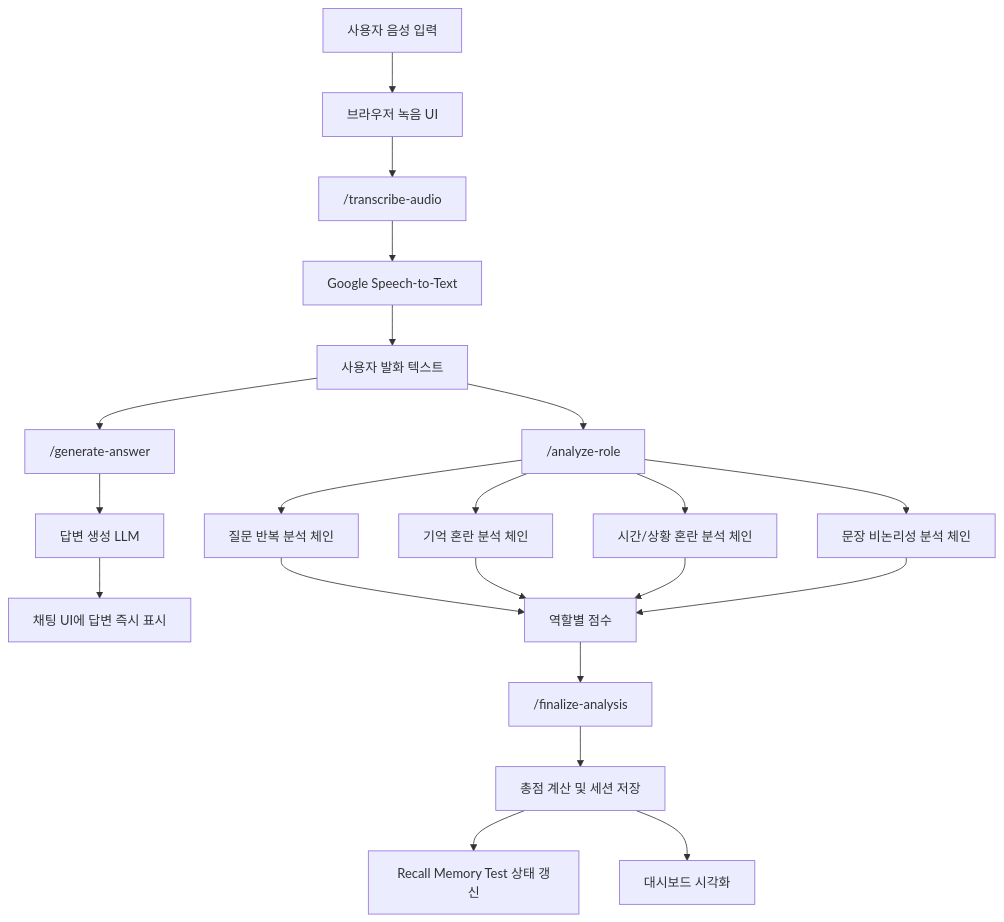
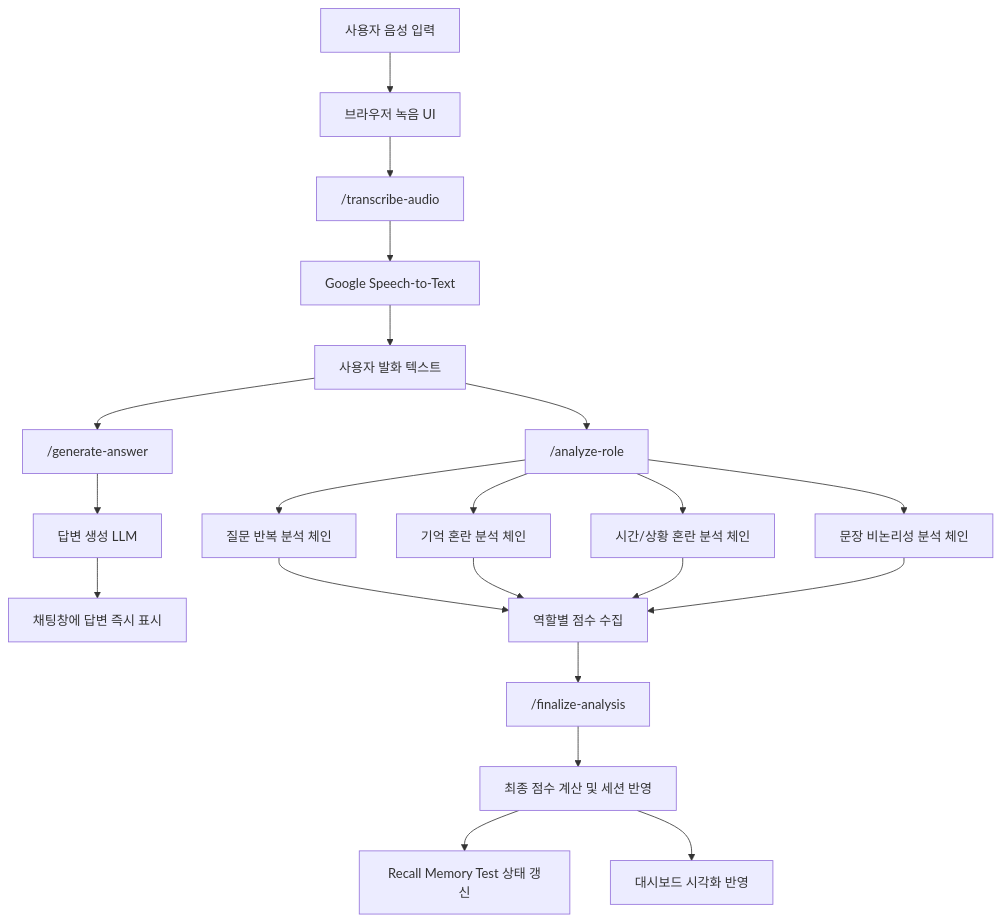
Before and after one commit to doyoon530/NCAI-Dementia-Risk-Analysis: the diagram in README.md, drawn with Mermaid. The commit also changed other lines of this file, not shown here.

````diff
--- a/README.md
+++ b/README.md
@@ -51,23 +50,23 @@
 ```mermaid
 flowchart TD
     A["사용자 음성 입력"] --> B["브라우저 녹음 UI"]
     B --> C["/transcribe-audio"]
     C --> D["Google Speech-to-Text"]
     D --> E["사용자 발화 텍스트"]
     E --> F["/generate-answer"]
     F --> G["답변 생성 LLM"]
-    G --> H["채팅 UI에 답변 즉시 표시"]
+    G --> H["채팅창에 답변 즉시 표시"]
     E --> I["/analyze-role"]
     I --> J["질문 반복 분석 체인"]
     I --> K["기억 혼란 분석 체인"]
     I --> L["시간/상황 혼란 분석 체인"]
     I --> M["문장 비논리성 분석 체인"]
-    J --> N["역할별 점수"]
+    J --> N["역할별 점수 수집"]
     K --> N
     L --> N
     M --> N
     N --> O["/finalize-analysis"]
-    O --> P["총점 계산 및 세션 저장"]
+    O --> P["최종 점수 계산 및 세션 반영"]
     P --> Q["Recall Memory Test 상태 갱신"]
-    P --> R["대시보드 시각화"]
+    P --> R["대시보드 시각화 반영"]
 ```
````
